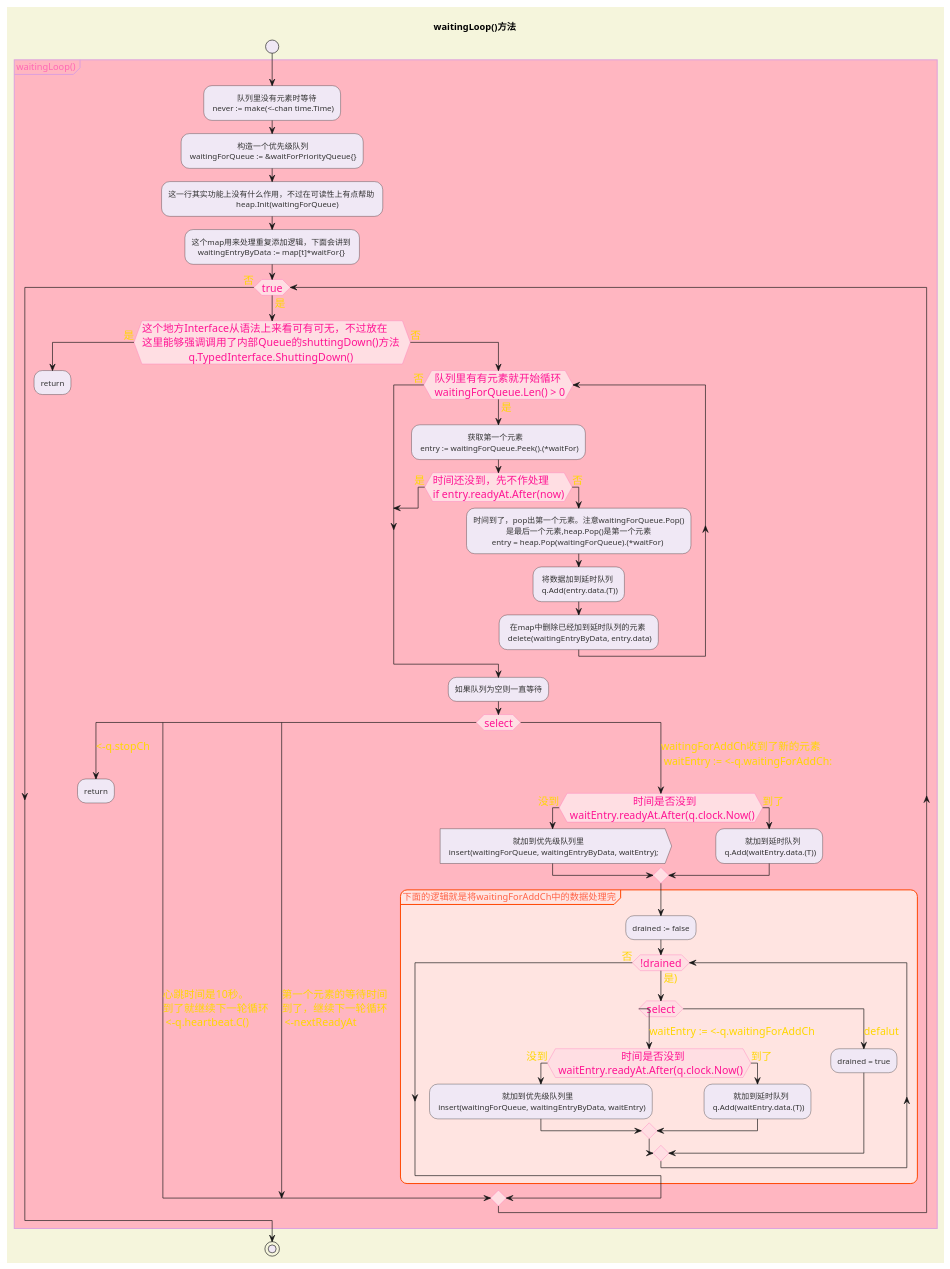
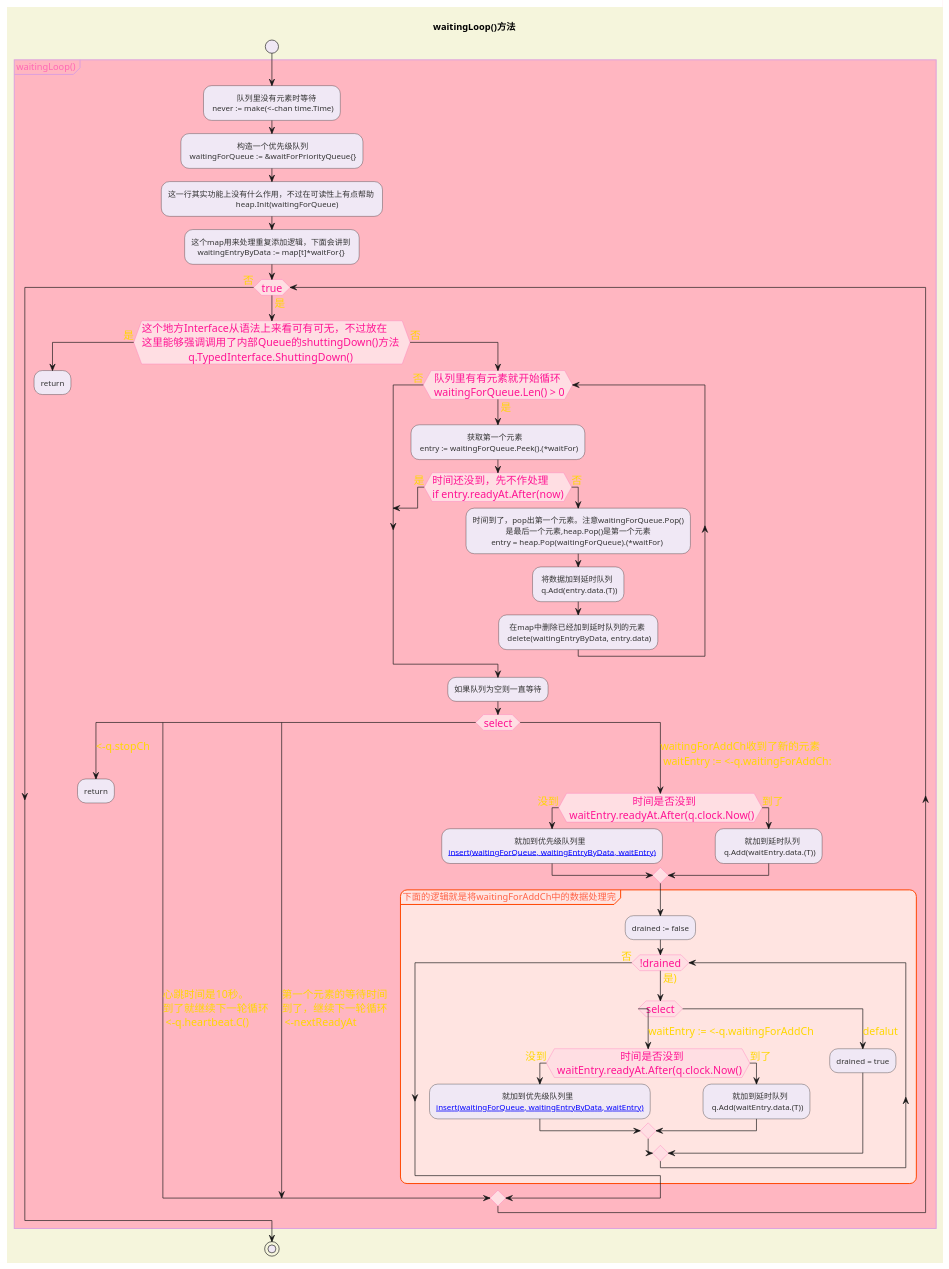
The diagram in note/pantuml/ch05/01/2延时队列DelayingQueue/waitingLoop.puml (asjfoajs/MyOperatorProjects), drawn with PlantUML before and after one commit. The commit also changed 3 other files, not shown here.

Commit message:
fix：Modify the UML diagram of ch05 to include waitingLoop.Puml and WorkQueue source code analytic.PUML

```diff
--- a/note/pantuml/ch05/01/2延时队列DelayingQueue/waitingLoop.puml
+++ b/note/pantuml/ch05/01/2延时队列DelayingQueue/waitingLoop.puml
@@ -1,122 +1,126 @@
 @startuml
 
 <style>
 activityDiagram {
     BackgroundColor #F0E8F5
     BorderColor #FFC0CB
     FontColor #333
     FontName Comic Sans MS
 }
 
 diamond {
     BackgroundColor #FFDEE3
     LineColor #FF69B4
     FontColor #FF1493
     FontName Comic Sans MS
     FontSize 16
 }
 
 arrow {
     FontColor #FFD700
     FontName Comic Sans MS
     FontSize 16
 }
 
 partition {
     LineColor #FF4500
     FontColor #FF6347
     RoundCorner 20
     BackgroundColor #FFE4E1
 }
 
 note {
     FontColor #0000FF
     LineColor #8A2BE2
     BackgroundColor #E6E6FA
 }
 
 document {
     BackgroundColor #F5F5DC
 }
 
 group {
     FontColor #FF69B4
     LineColor #DDA0DD
     BackgroundColor #FFB6C1
 }
 </style>
 
 title waitingLoop()方法
 
 start
 group waitingLoop()
 :\t     队列里没有元素时等待\n never := make(<-chan time.Time);
 :\t\t\t构造一个优先级队列 \n waitingForQueue := &waitForPriorityQueue{};
 :这一行其实功能上没有什么作用，不过在可读性上有点帮助 \n\t\t\t\t heap.Init(waitingForQueue);
 :这个map用来处理重复添加逻辑，下面会讲到 \n   waitingEntryByData := map[t]*waitFor{};
 while (true) is (是)
     if (这个地方Interface从语法上来看可有可无，不过放在\n这里能够强调调用了内部Queue的shuttingDown()方法 \n\t\t q.TypedInterface.ShuttingDown()) is (是) then
         :return;
         kill
     else (否)
         while ( 队列里有有元素就开始循环 \n waitingForQueue.Len() > 0) is (是)
            :\t\t\t获取第一个元素 \n entry := waitingForQueue.Peek().(*waitFor);
            if (时间还没到，先不作处理 \nif entry.readyAt.After(now)) is (是) then
                break;
            else(否)
                :时间到了，pop出第一个元素。注意waitingForQueue.Pop()
                \t\t是最后一个元素,heap.Pop()是第一个元素
                \t entry = heap.Pop(waitingForQueue).(*waitFor);
                : 将数据加到延时队列 \n q.Add(entry.data.(T));
                :  在map中删除已经加到延时队列的元素 \n delete(waitingEntryByData, entry.data);
            endif
         endwhile(否)
 
         :如果队列为空则一直等待;
         switch(select)
             case(<-q.stopCh)
                 :return;
                 kill
             case(心跳时间是10秒。\n到了就继续下一轮循环\n <-q.heartbeat.C())
             case(第一个元素的等待时间\n到了，继续下一轮循环\n <-nextReadyAt)
             case(waitingForAddCh收到了新的元素\n waitEntry := <-q.waitingForAddCh:)
                 if (\t\t\t时间是否没到 \n waitEntry.readyAt.After(q.clock.Now()) is (没到) then
-                :\t\t\t\t就加到优先级队列里 \n insert(waitingForQueue, waitingEntryByData, waitEntry);>
+                :\t\t\t\t就加到优先级队列里
+                [[https://github.com/asjfoajs/MyOperatorProjects/blob/main/note/images/ch05/01/2延时队列DelayingQueue/insert()-insert__.svg insert(waitingForQueue, waitingEntryByData, waitEntry)]];
+'                insert(waitingForQueue, waitingEntryByData, waitEntry);
                 else (到了)
                 :\t   就加到延时队列 \n q.Add(waitEntry.data.(T));
                 endif
                 partition 下面的逻辑就是将waitingForAddCh中的数据处理完{
                     :drained := false;
                     while(!drained) is(是))
                         switch(select)
                             case(waitEntry := <-q.waitingForAddCh)
                                 if (\t\t\t时间是否没到 \n waitEntry.readyAt.After(q.clock.Now()) is (没到) then
-                                :\t\t\t\t就加到优先级队列里 \n insert(waitingForQueue, waitingEntryByData, waitEntry);
+                                :\t\t\t\t就加到优先级队列里
+                                [[https://github.com/asjfoajs/MyOperatorProjects/blob/main/note/images/ch05/01/2延时队列DelayingQueue/insert()-insert__.svg insert(waitingForQueue, waitingEntryByData, waitEntry)]];
+'                                \n insert(waitingForQueue, waitingEntryByData, waitEntry);
                                 else (到了)
                                 :\t   就加到延时队列 \n q.Add(waitEntry.data.(T));
                                 endif
                             case(defalut)
                                 :drained = true;
                         endswitch
                     endwhile(否)
                 }
 '                floating note:
         endswitch
     endif
 endwhile (否)
 end group
 stop
 
 'group insert()
 '    :\t\t\tentry（表项）是否存在 \n existing, exists := knownEntries[entry.data];
 '    if (如果已经存在 exists) is (是) then
 '        if (\t并且新的entry的就绪时间更短 \n existing.readyAt.After(entry.readyAt)) is (是) then
 '          :\t\t 就更新时间 \n existing.readyAt = entry.readyAt;
 '        else (否)
 '        endif
 '    else (否)
 '      :如果不存在就丢到q里 \n heap.Push(q, entry);
 '      :同时在map中记录一下，用于查重 \n knownEntries[entry.data] = entry;
 '    endif
 'end group
 @enduml
```
